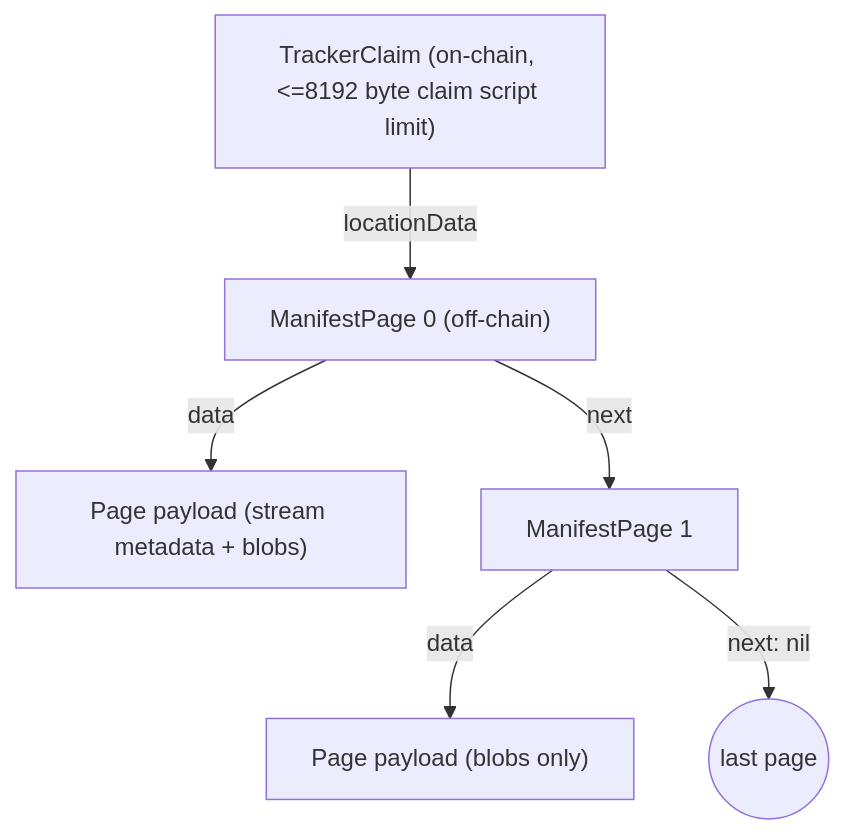
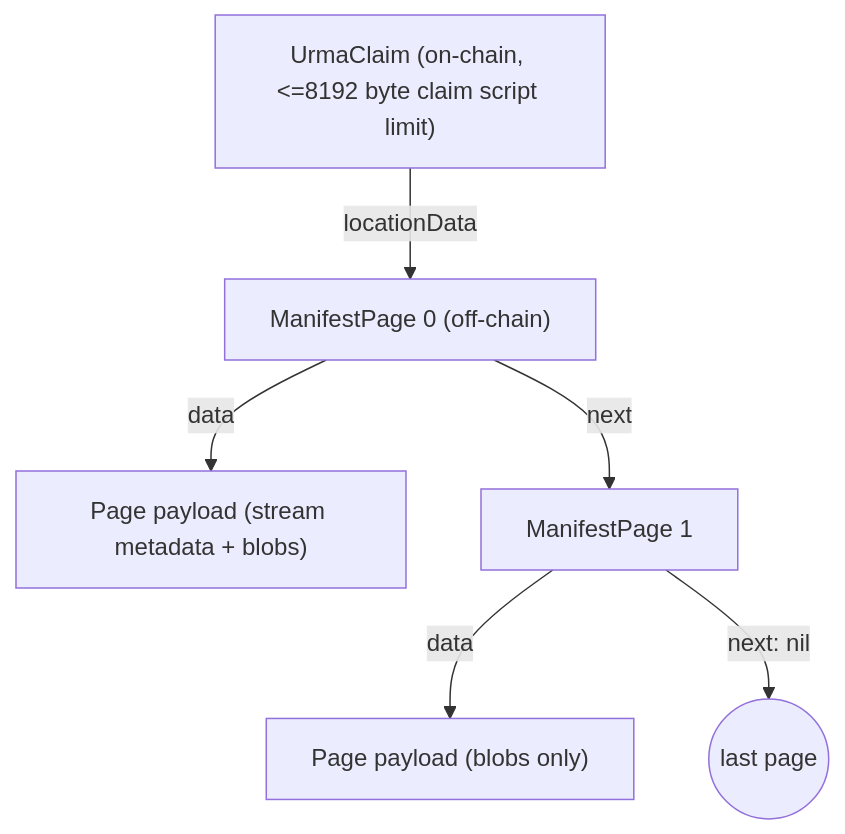
Before and after one commit to LumeWeb/tracker-protocol: the first of 2 diagrams in docs/data-structures.md, drawn with Mermaid. The commit also changed other lines of this file and 19 other files, not shown here.

````diff
--- a/docs/data-structures.md
+++ b/docs/data-structures.md
@@ -15,9 +15,9 @@
 ```mermaid
 graph TD
-    TC["TrackerClaim (on-chain, <=8192 byte claim script limit)"]
+    TC["UrmaClaim (on-chain, <=8192 byte claim script limit)"]
     TC -->|"locationData"| P0["ManifestPage 0 (off-chain)"]
     P0 -->|"data"| M0["Page payload (stream metadata + blobs)"]
     P0 -->|"next"| P1["ManifestPage 1"]
     P1 -->|"data"| M1["Page payload (blobs only)"]
     P1 -->|"next: nil"| END((last page))
 ```
````
